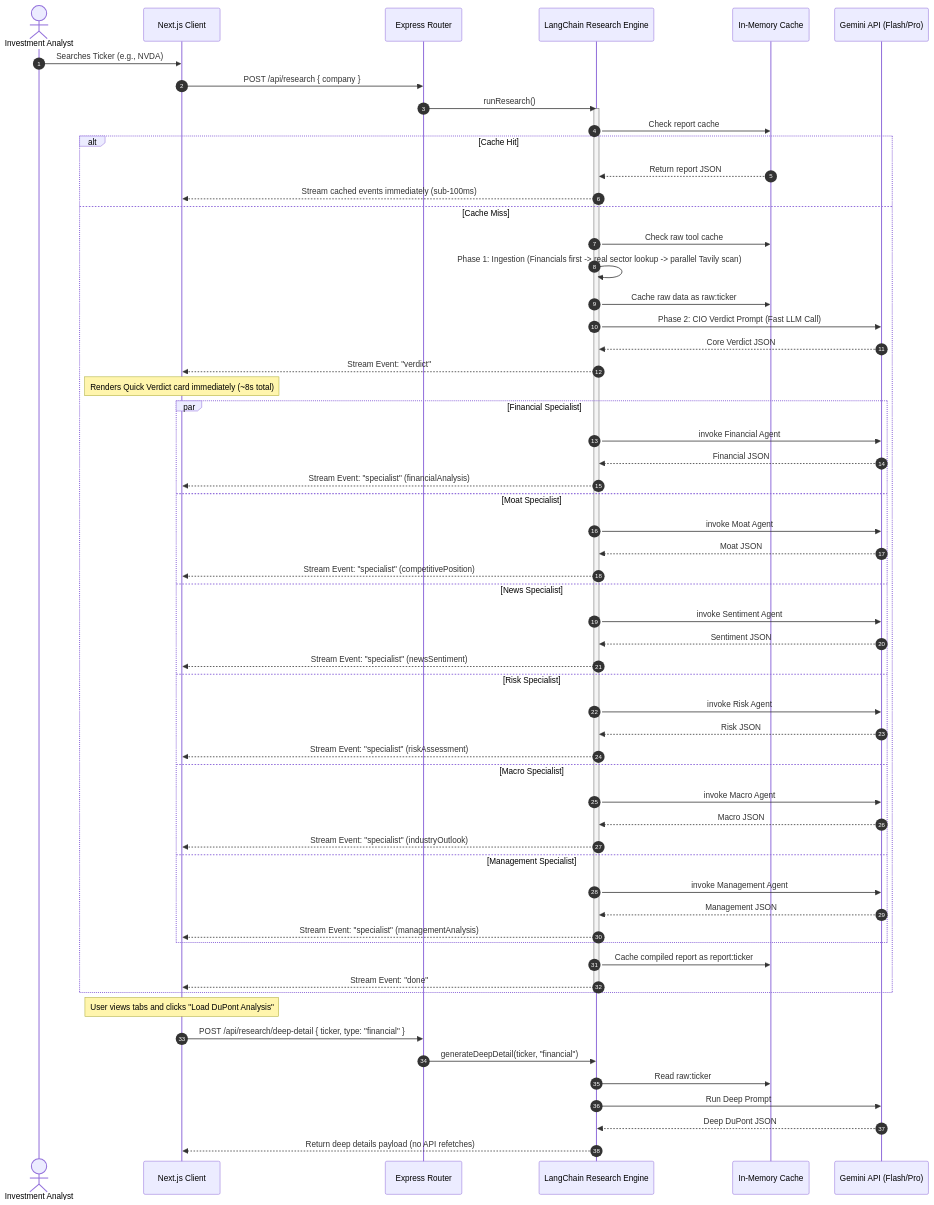
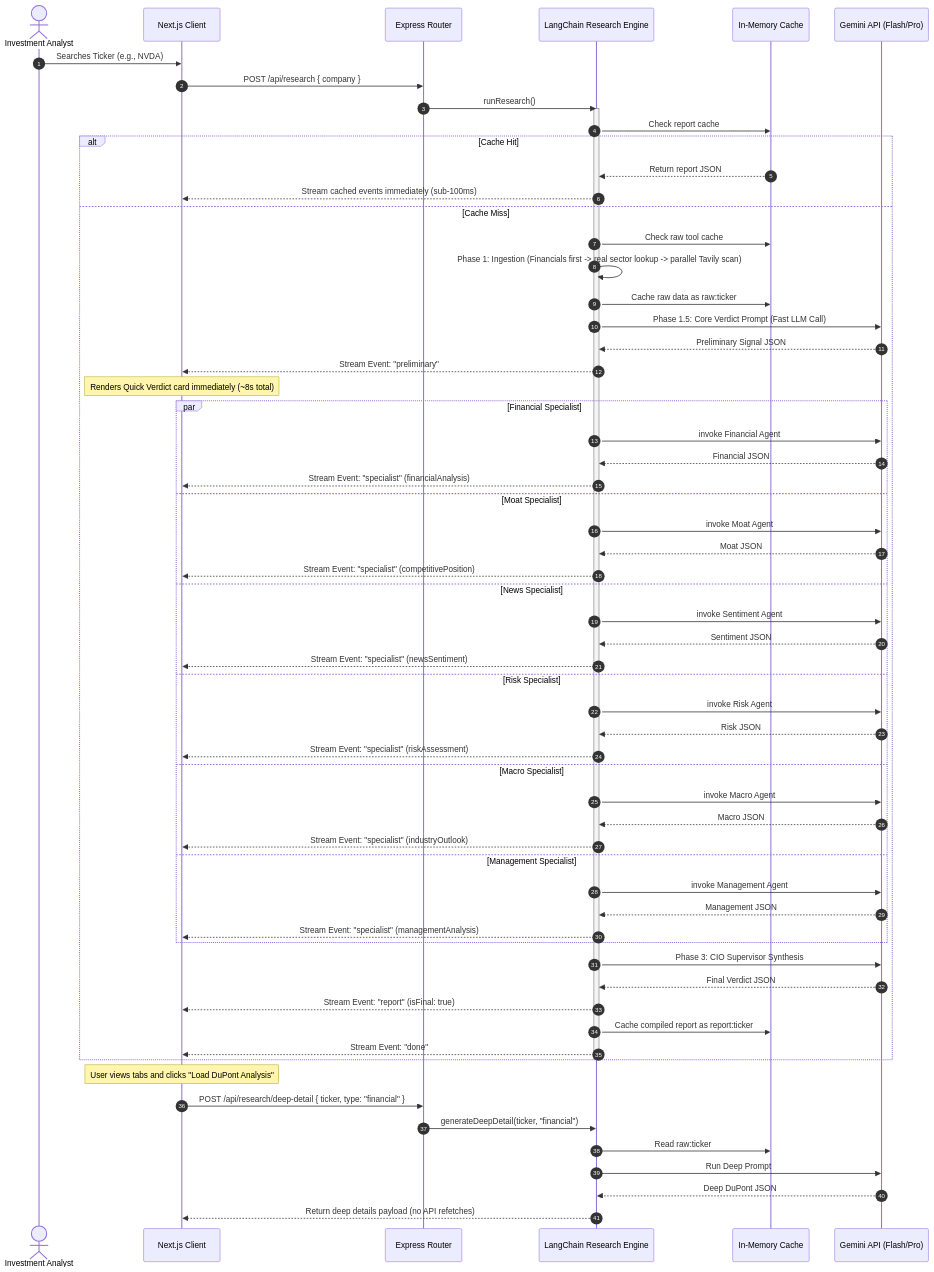
One commit to yaswanth756/InsideIM-Assignment- changed the diagram in README.md. Above: the diagram before and after it, drawn with Mermaid. The commit also changed other lines of this file and 11 other files, not shown here.

First line of the commit message:
Final submission: Professional README, dynamic API URLs, LLM chat logs, future roadmap

````diff
--- a/README.md
+++ b/README.md
@@ -20,67 +177,71 @@
 ```mermaid
 sequenceDiagram
     autonumber
     actor User as Investment Analyst
     participant UI as Next.js Client
     participant API as Express Router
     participant Engine as LangChain Research Engine
     participant Cache as In-Memory Cache
     participant LLM as Gemini API (Flash/Pro)
 
     User->>UI: Searches Ticker (e.g., NVDA)
     UI->>API: POST /api/research { company }
     API->>Engine: runResearch()
     
     activate Engine
     Engine->>Cache: Check report cache
     alt Cache Hit
         Cache-->>Engine: Return report JSON
         Engine-->>UI: Stream cached events immediately (sub-100ms)
     else Cache Miss
         Engine->>Cache: Check raw tool cache
         Engine->>Engine: Phase 1: Ingestion (Financials first -> real sector lookup -> parallel Tavily scan)
         Engine->>Cache: Cache raw data as raw:ticker
         
-        Engine->>LLM: Phase 2: CIO Verdict Prompt (Fast LLM Call)
-        LLM-->>Engine: Core Verdict JSON
-        Engine-->>UI: Stream Event: "verdict"
+        Engine->>LLM: Phase 1.5: Core Verdict Prompt (Fast LLM Call)
+        LLM-->>Engine: Preliminary Signal JSON
+        Engine-->>UI: Stream Event: "preliminary"
         Note over UI: Renders Quick Verdict card immediately (~8s total)
         
         par Financial Specialist
             Engine->>LLM: invoke Financial Agent
             LLM-->>Engine: Financial JSON
             Engine-->>UI: Stream Event: "specialist" (financialAnalysis)
         and Moat Specialist
             Engine->>LLM: invoke Moat Agent
             LLM-->>Engine: Moat JSON
             Engine-->>UI: Stream Event: "specialist" (competitivePosition)
         and News Specialist
             Engine->>LLM: invoke Sentiment Agent
             LLM-->>Engine: Sentiment JSON
             Engine-->>UI: Stream Event: "specialist" (newsSentiment)
         and Risk Specialist
             Engine->>LLM: invoke Risk Agent
             LLM-->>Engine: Risk JSON
             Engine-->>UI: Stream Event: "specialist" (riskAssessment)
         and Macro Specialist
             Engine->>LLM: invoke Macro Agent
             LLM-->>Engine: Macro JSON
             Engine-->>UI: Stream Event: "specialist" (industryOutlook)
         and Management Specialist
             Engine->>LLM: invoke Management Agent
             LLM-->>Engine: Management JSON
             Engine-->>UI: Stream Event: "specialist" (managementAnalysis)
         end
+        
+        Engine->>LLM: Phase 3: CIO Supervisor Synthesis
+        LLM-->>Engine: Final Verdict JSON
+        Engine-->>UI: Stream Event: "report" (isFinal: true)
         Engine->>Cache: Cache compiled report as report:ticker
         Engine-->>UI: Stream Event: "done"
     end
     deactivate Engine
     
     Note over UI: User views tabs and clicks "Load DuPont Analysis"
     UI->>API: POST /api/research/deep-detail { ticker, type: "financial" }
     API->>Engine: generateDeepDetail(ticker, "financial")
     Engine->>Cache: Read raw:ticker
     Engine->>LLM: Run Deep Prompt
     LLM-->>Engine: Deep DuPont JSON
     Engine-->>UI: Return deep details payload (no API refetches)
 ```
````
